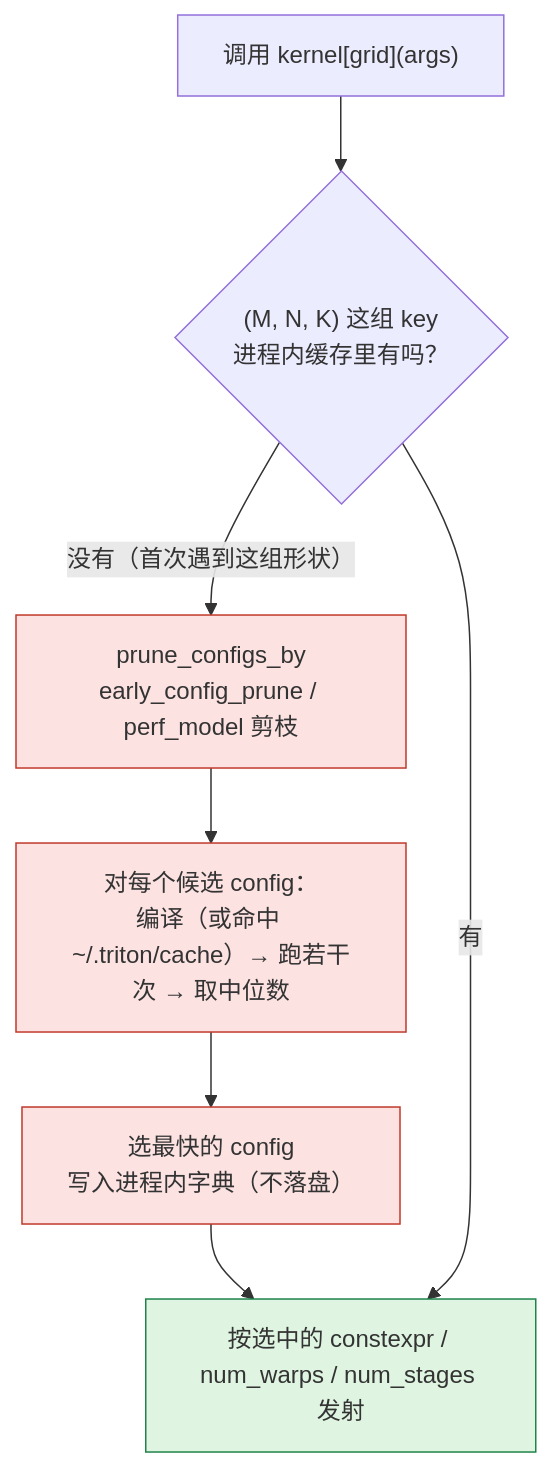
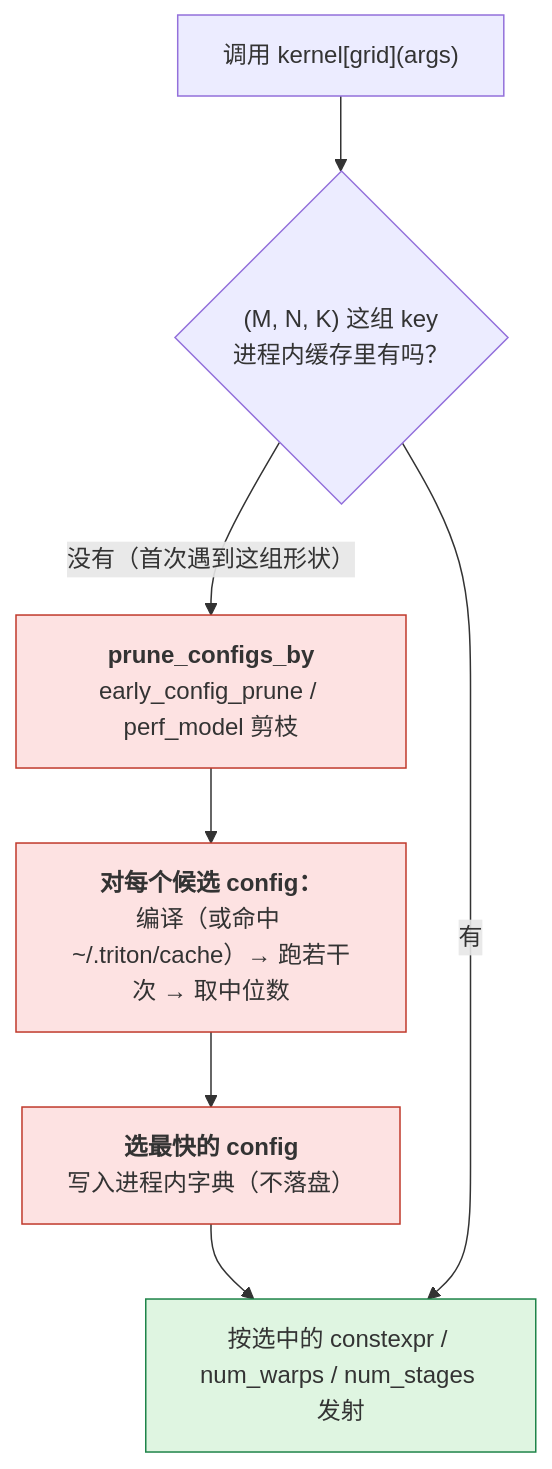
One commit to arganzheng/arganzheng.github.com changed the first of 4 diagrams in _posts/2026-05-17-triton-block-level-programming.md. Above: the diagram before and after it, drawn with Mermaid. The commit also changed other lines of this file and 10 other files, not shown here.

First line of the commit message:
GPU Kernel 工程：从 CUDA 执行模型到 FlashAttention：Mermaid 多行方框的首行标为标题（11 篇）

````diff
--- a/_posts/2026-05-17-triton-block-level-programming.md
+++ b/_posts/2026-05-17-triton-block-level-programming.md
@@ -181,18 +181,18 @@
 ```mermaid
 %% 图：@triton.autotune 一次调用的流程：新 key 首次出现时剪枝、逐 config 编译计时选最快，之后直接命中缓存
 flowchart TB
     invoke["调用 kernel#91;grid#93;(args)"]
     key{"(M, N, K) 这组 key<br/>进程内缓存里有吗？"}
-    prune["prune_configs_by<br/>early_config_prune / perf_model 剪枝"]
-    loop["对每个候选 config：<br/>编译（或命中 ~/.triton/cache）→ 跑若干次 → 取中位数"]
-    pick["选最快的 config<br/>写入进程内字典（不落盘）"]
+    prune["<b>prune_configs_by</b><br/>early_config_prune / perf_model 剪枝"]
+    loop["<b>对每个候选 config：</b><br/>编译（或命中 ~/.triton/cache）→ 跑若干次 → 取中位数"]
+    pick["<b>选最快的 config</b><br/>写入进程内字典（不落盘）"]
     launch["按选中的 constexpr / num_warps / num_stages 发射"]
     invoke --> key
     key -- "没有（首次遇到这组形状）" --> prune --> loop --> pick --> launch
     key -- "有" --> launch
 
     classDef slow fill:#fde2e2,stroke:#c0392b
     classDef fast fill:#dff5e1,stroke:#1e8449
     class prune,loop,pick slow
     class launch fast
 ```
````
